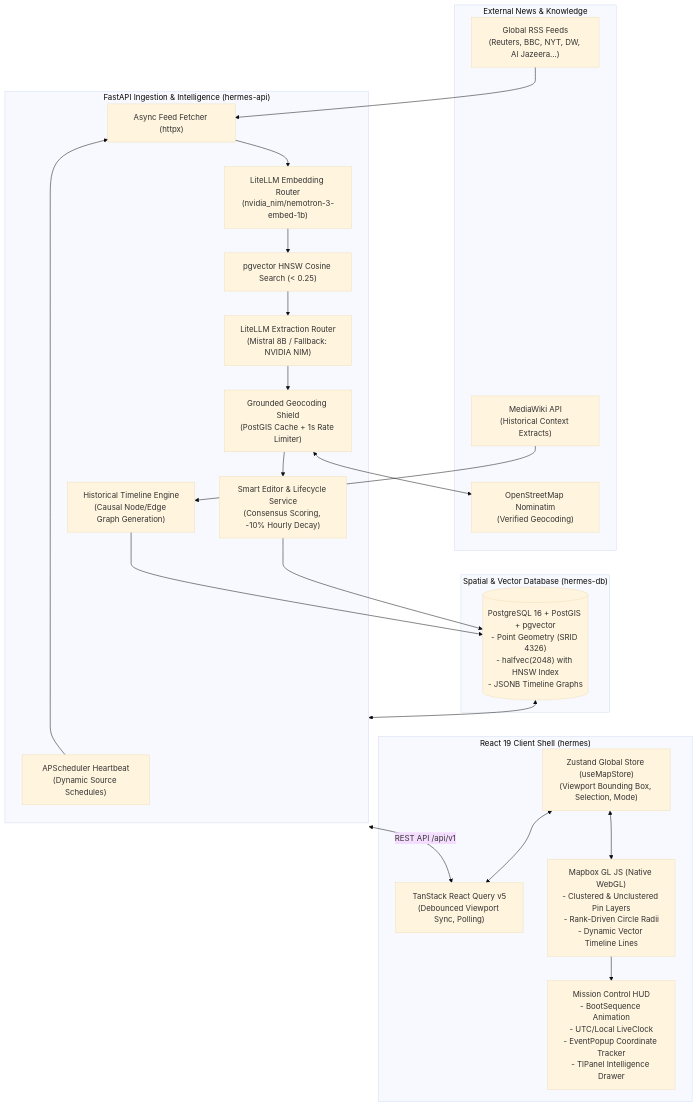
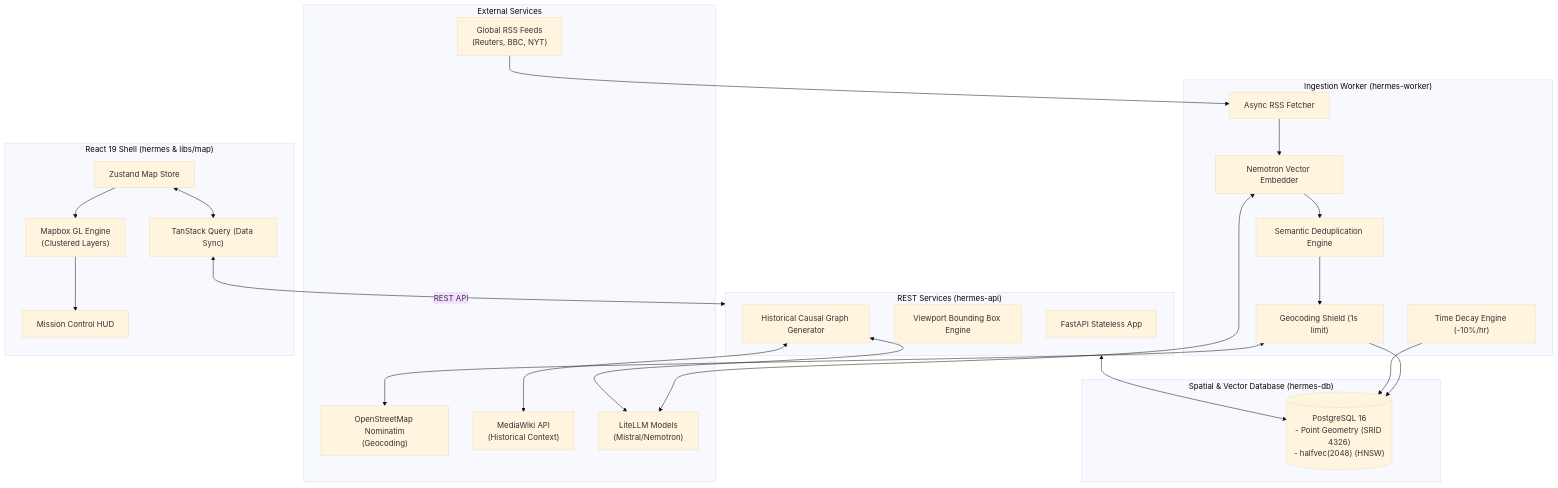
The diagram in README.md (paavann/hermes), drawn with Mermaid (base theme) before and after one commit. The commit also changed other lines of this file and 12 other files, not shown here.

````diff
--- a/README.md
+++ b/README.md
@@ -46,39 +46,59 @@
 ```mermaid
 flowchart TD
-    subgraph DataSources ["External News & Knowledge"]
-        RSS["Global RSS Feeds\n(Reuters, BBC, NYT, DW, Al Jazeera...)"]
-        OSM["OpenStreetMap Nominatim\n(Verified Geocoding)"]
-        Wiki["MediaWiki API\n(Historical Context Extracts)"]
+    subgraph External["External Services"]
+        RSS["Global RSS Feeds
+(Reuters, BBC, NYT)"]
+        OSM["OpenStreetMap Nominatim
+(Geocoding)"]
+        Wiki["MediaWiki API
+(Historical Context)"]
+        LLM["LiteLLM Models
+(Mistral/Nemotron)"]
     end
 
-    subgraph Backend ["FastAPI Ingestion & Intelligence (hermes-api)"]
-        Scheduler["APScheduler Heartbeat\n(Dynamic Source Schedules)"] --> Fetcher["Async Feed Fetcher (httpx)"]
-        Fetcher --> EmbedRouter["LiteLLM Embedding Router\n(nvidia_nim/nemotron-3-embed-1b)"]
-        EmbedRouter --> VecSearch["pgvector HNSW Cosine Search (< 0.25)"]
-        VecSearch --> LLMRouter["LiteLLM Extraction Router\n(Mistral 8B / Fallback: NVIDIA NIM)"]
-        LLMRouter --> GeoShield["Grounded Geocoding Shield\n(PostGIS Cache + 1s Rate Limiter)"]
-        GeoShield --> EventService["Smart Editor & Lifecycle Service\n(Consensus Scoring, -10% Hourly Decay)"]
-        Wiki --> TLService["Historical Timeline Engine\n(Causal Node/Edge Graph Generation)"]
+    subgraph Worker["Ingestion Worker (hermes-worker)"]
+        IngestionEngine["Async RSS Fetcher"]
+        VectorEmbedder["Nemotron Vector Embedder"]
+        EventDeduplicator["Semantic Deduplication Engine"]
+        GeoShield["Geocoding Shield (1s limit)"]
+        LifecycleManager["Time Decay Engine (-10%/hr)"]
     end
 
-    subgraph Database ["Spatial & Vector Database (hermes-db)"]
-        PostGIS[("PostgreSQL 16 + PostGIS + pgvector\n- Point Geometry (SRID 4326)\n- halfvec(2048) with HNSW Index\n- JSONB Timeline Graphs")]
+    subgraph API["REST Services (hermes-api)"]
+        FastAPI["FastAPI Stateless App"]
+        BoundingBoxQuerier["Viewport Bounding Box Engine"]
+        TimelineSynthesizer["Historical Causal Graph Generator"]
     end
 
-    subgraph Frontend ["React 19 Client Shell (hermes)"]
-        Store["Zustand Global Store (useMapStore)\n(Viewport Bounding Box, Selection, Mode)"]
-        ReactQuery["TanStack React Query v5\n(Debounced Viewport Sync, Polling)"]
-        MapboxEngine["Mapbox GL JS (Native WebGL)\n- Clustered & Unclustered Pin Layers\n- Rank-Driven Circle Radii\n- Dynamic Vector Timeline Lines"]
-        HUD["Mission Control HUD\n- BootSequence Animation\n- UTC/Local LiveClock\n- EventPopup Coordinate Tracker\n- TlPanel Intelligence Drawer"]
+    subgraph Database["Spatial & Vector Database (hermes-db)"]
+        PostGIS[("PostgreSQL 16
+- Point Geometry (SRID 4326)
+- halfvec(2048) (HNSW)")]
     end
 
-    RSS --> Fetcher
+    subgraph Frontend["React 19 Shell (hermes & libs/map)"]
+        Store["Zustand Map Store"]
+        Query["TanStack Query (Data Sync)"]
+        WebGL["Mapbox GL Engine
+(Clustered Layers)"]
+        HUD["Mission Control HUD"]
+    end
+
+    RSS --> IngestionEngine
+    IngestionEngine --> VectorEmbedder
+    VectorEmbedder <--> LLM
+    VectorEmbedder --> EventDeduplicator
+    EventDeduplicator --> GeoShield
     GeoShield <--> OSM
-    EventService --> PostGIS
-    TLService --> PostGIS
-    PostGIS <--> Backend
-    Backend <-->|"REST API /api/v1"| ReactQuery
-    Store <--> ReactQuery
-    Store <--> MapboxEngine
-    MapboxEngine --> HUD
+    GeoShield --> PostGIS
+    LifecycleManager --> PostGIS
+
+    API <--> PostGIS
+    TimelineSynthesizer <--> Wiki
+    TimelineSynthesizer <--> LLM
+
+    Store <--> Query
+    Query <-->|REST API| API
+    Store --> WebGL
+    WebGL --> HUD
 ```
````
